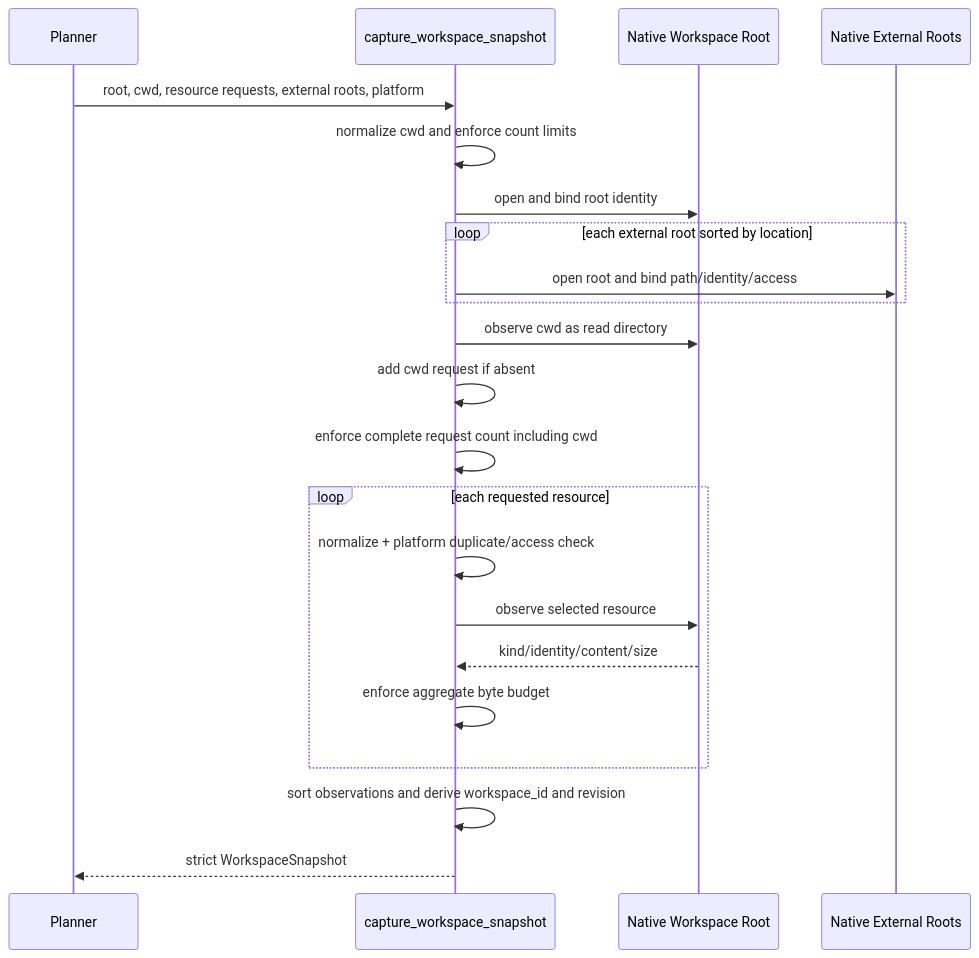
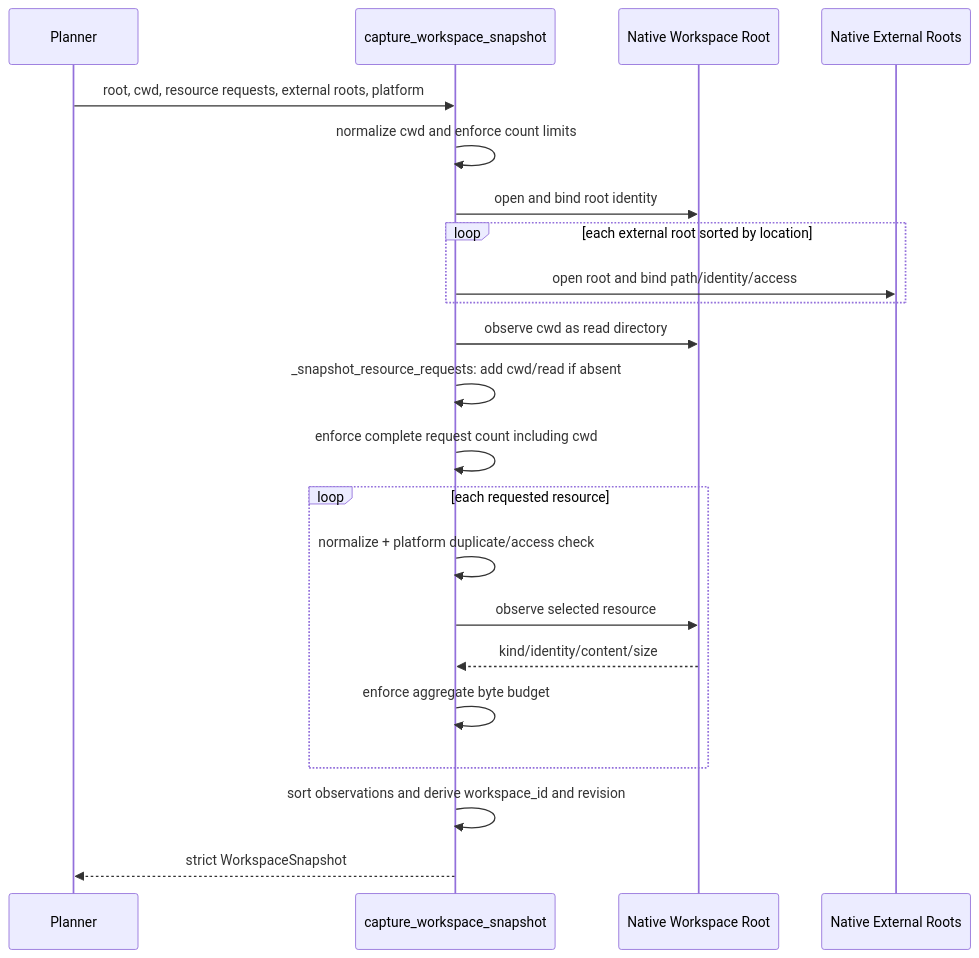
One commit to carrie1988/Harnessix changed the third of 12 diagrams in docs/modules/workspace.md. Above: the diagram before and after it, drawn with Mermaid. The commit also changed other lines of this file and 9 other files, not shown here.

````diff
--- a/docs/modules/workspace.md
+++ b/docs/modules/workspace.md
@@ -385,24 +386,24 @@
 ```mermaid
 sequenceDiagram
     participant P as Planner
     participant C as capture_workspace_snapshot
     participant W as Native Workspace Root
     participant E as Native External Roots
     P->>C: root, cwd, resource requests, external roots, platform
     C->>C: normalize cwd and enforce count limits
     C->>W: open and bind root identity
     loop each external root sorted by location
         C->>E: open root and bind path/identity/access
     end
     C->>W: observe cwd as read directory
-    C->>C: add cwd request if absent
+    C->>C: _snapshot_resource_requests: add cwd/read if absent
     C->>C: enforce complete request count including cwd
     loop each requested resource
         C->>C: normalize + platform duplicate/access check
         C->>W: observe selected resource
         W-->>C: kind/identity/content/size
         C->>C: enforce aggregate byte budget
     end
     C->>C: sort observations and derive workspace_id and revision
     C-->>P: strict WorkspaceSnapshot
 ```
````
